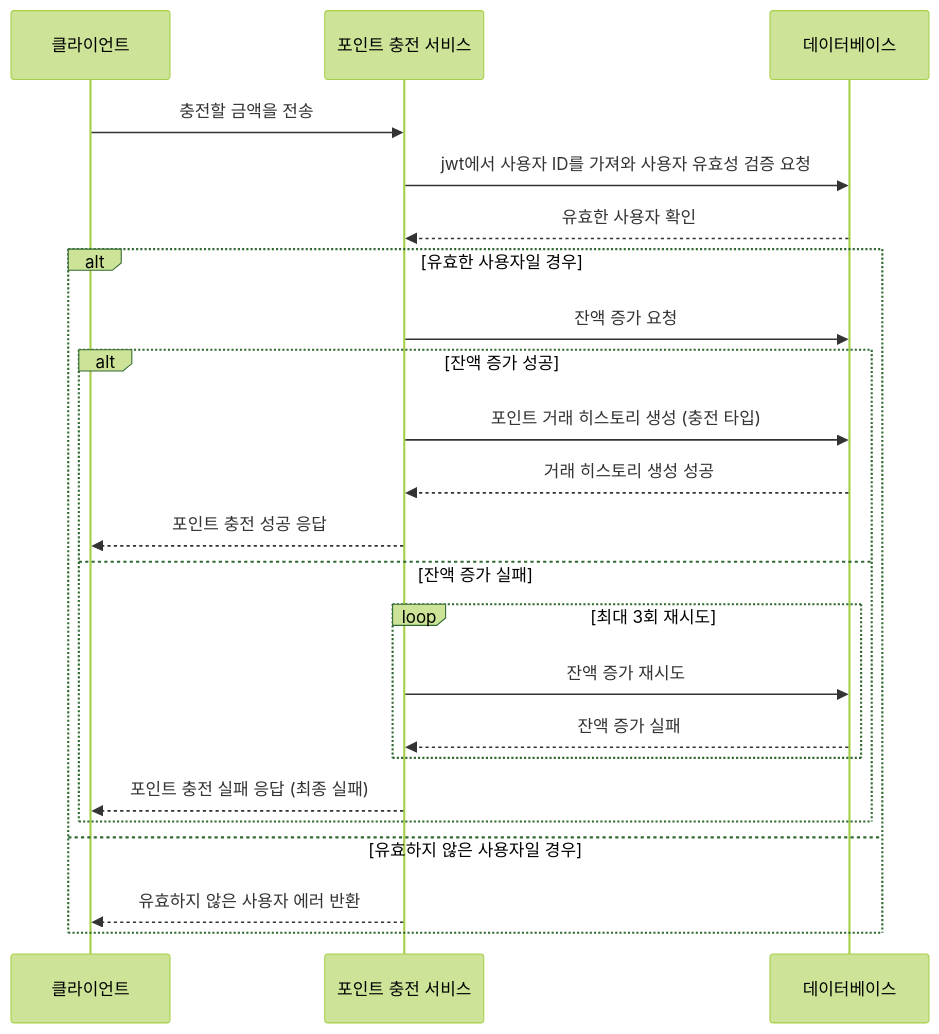
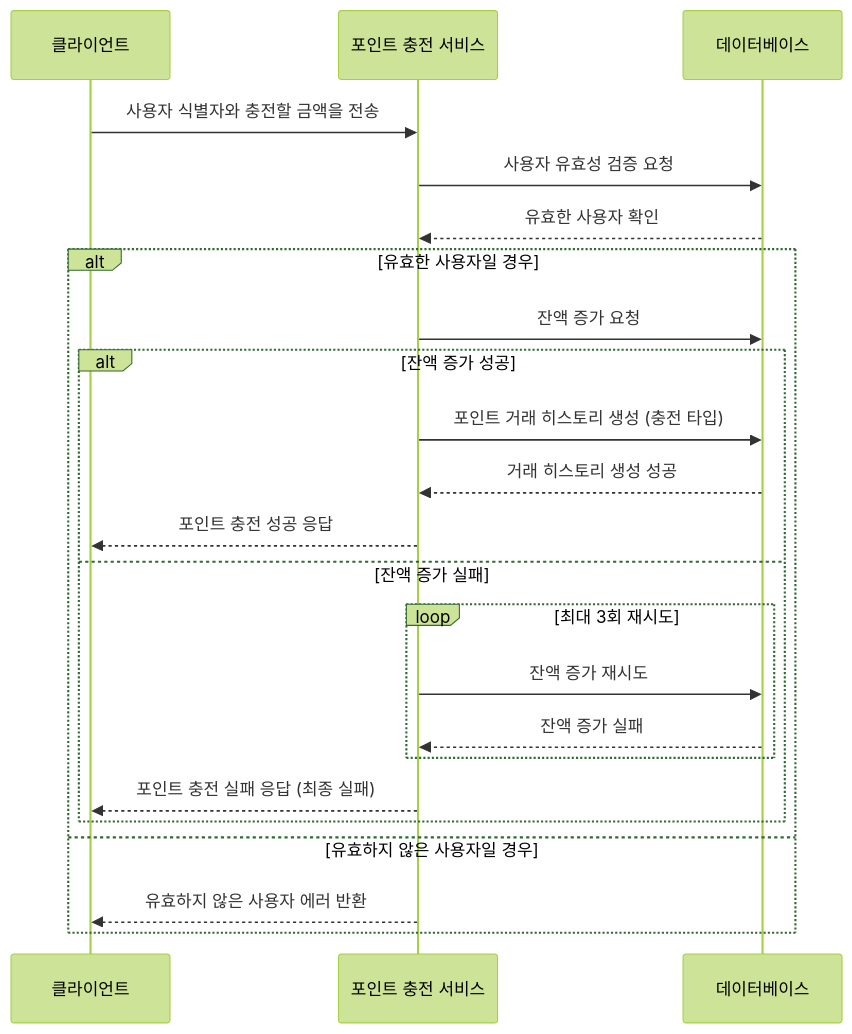
Before and after one commit to anniemon/e-commerce: the first of 8 diagrams in readme.md, drawn with Mermaid (forest theme). The commit also changed other lines of this file, not shown here.

Commit message:
장바구니 시퀀스 다이어그램 추가, jwt 관련 로직 제거, 상품 주문 추상화

````diff
--- a/readme.md
+++ b/readme.md
@@ -11,27 +11,27 @@
 ```mermaid
 sequenceDiagram
     participant Client as 클라이언트
     participant Service as 포인트 충전 서비스
     participant DB as 데이터베이스
 
-    Client->>Service: 충전할 금액을 전송
-    Service->>DB: jwt에서 사용자 ID를 가져와 사용자 유효성 검증 요청
+    Client->>Service: 사용자 식별자와 충전할 금액을 전송
+    Service->>DB: 사용자 유효성 검증 요청
     DB-->>Service: 유효한 사용자 확인
 
     alt 유효한 사용자일 경우
         Service->>DB: 잔액 증가 요청
         alt 잔액 증가 성공
             Service->>DB: 포인트 거래 히스토리 생성 (충전 타입)
             DB-->>Service: 거래 히스토리 생성 성공
             Service-->>Client: 포인트 충전 성공 응답
         else 잔액 증가 실패
             loop 최대 3회 재시도
                 Service->>DB: 잔액 증가 재시도
                 DB-->>Service: 잔액 증가 실패
             end
             Service-->>Client: 포인트 충전 실패 응답 (최종 실패)
         end
     else 유효하지 않은 사용자일 경우
         Service-->>Client: 유효하지 않은 사용자 에러 반환
     end
 ```
````
